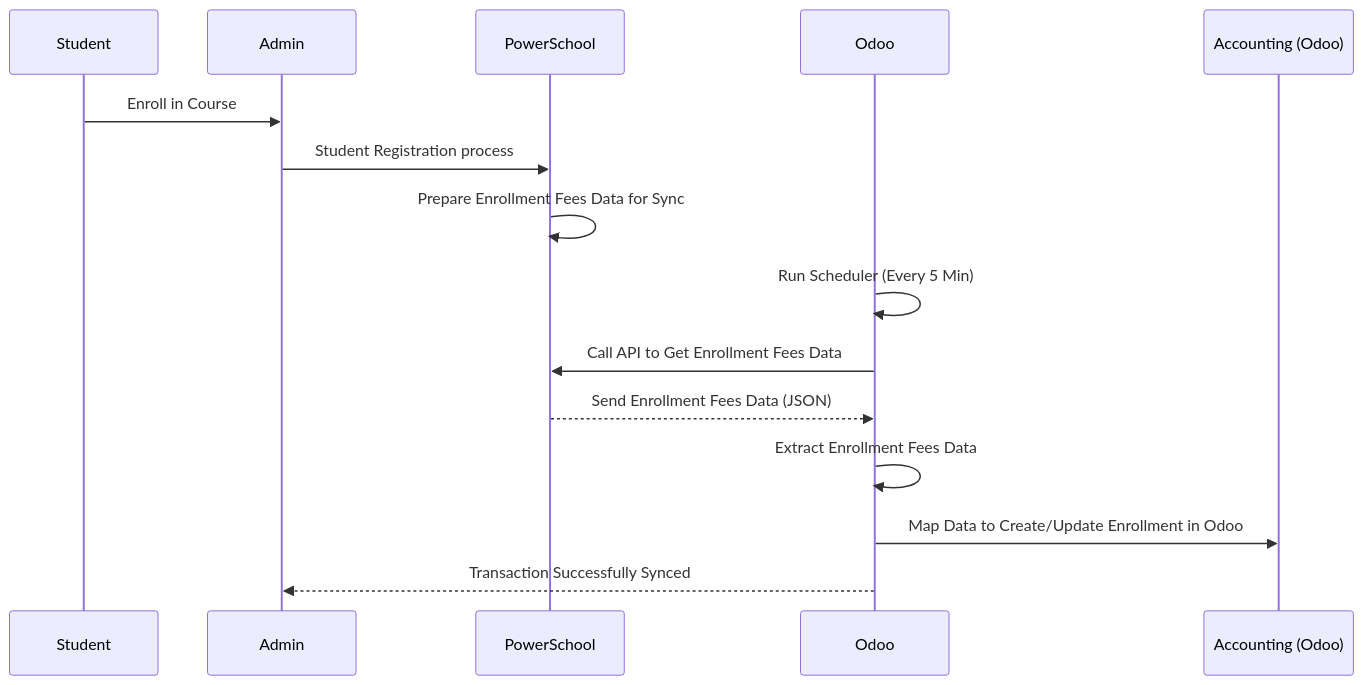
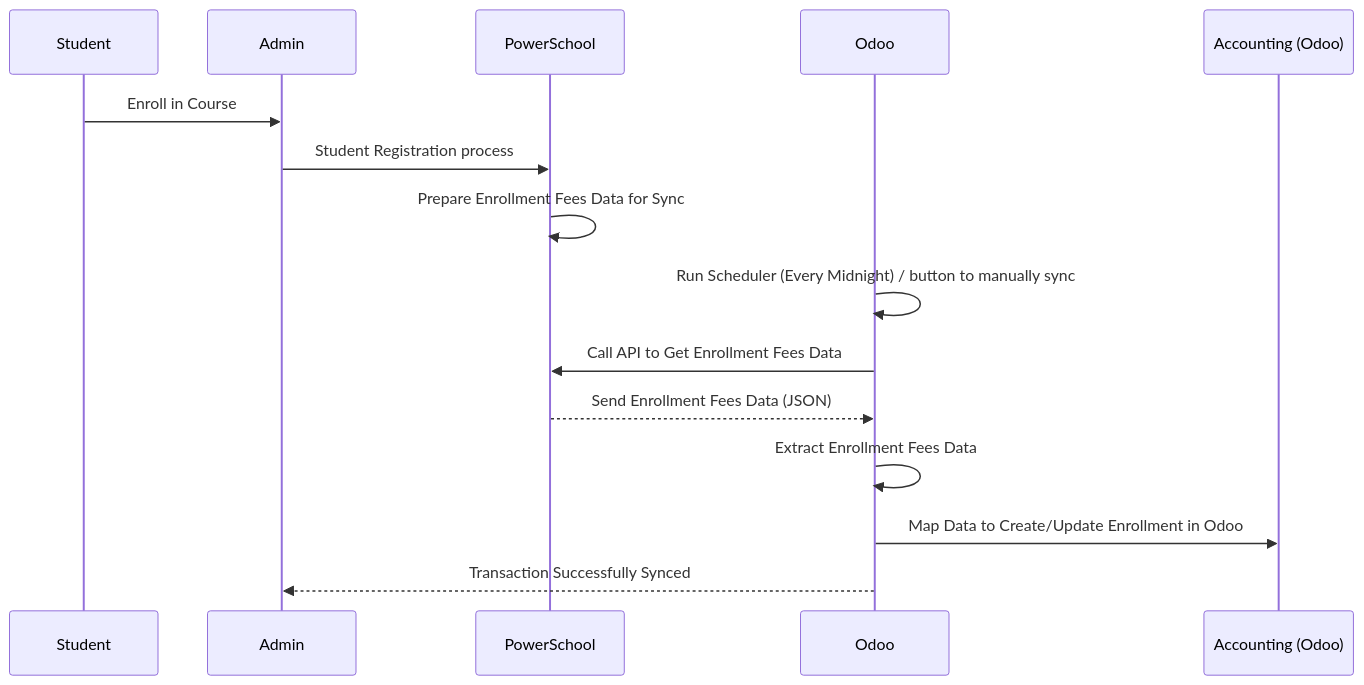
The third of 3 diagrams in PowerSchool Provides Rest API.md (kamalyui9/lincoln_school), drawn with Mermaid before and after one commit.

Commit message:
Update PowerSchool Provides Rest API.md

````diff
--- a/PowerSchool Provides Rest API.md
+++ b/PowerSchool Provides Rest API.md
@@ -42,18 +42,18 @@
 ```mermaid
 sequenceDiagram
     participant Student as Student
     participant Admin as Admin
     participant PowerSchool as PowerSchool
     participant Odoo as Odoo
     participant Accounting as Accounting (Odoo)
 
     Student->>Admin: Enroll in Course
     Admin->>PowerSchool: Student Registration process
     PowerSchool->>PowerSchool: Prepare Enrollment Fees Data for Sync
-    Odoo->>Odoo: Run Scheduler (Every 5 Min)
+    Odoo->>Odoo: Run Scheduler (Every Midnight) / button to manually sync
     Odoo->>PowerSchool: Call API to Get Enrollment Fees Data
     PowerSchool-->>Odoo: Send Enrollment Fees Data (JSON)
     Odoo->>Odoo: Extract Enrollment Fees Data
     Odoo->>Accounting: Map Data to Create/Update Enrollment in Odoo
     Odoo-->>Admin: Transaction Successfully Synced
 ```
````
